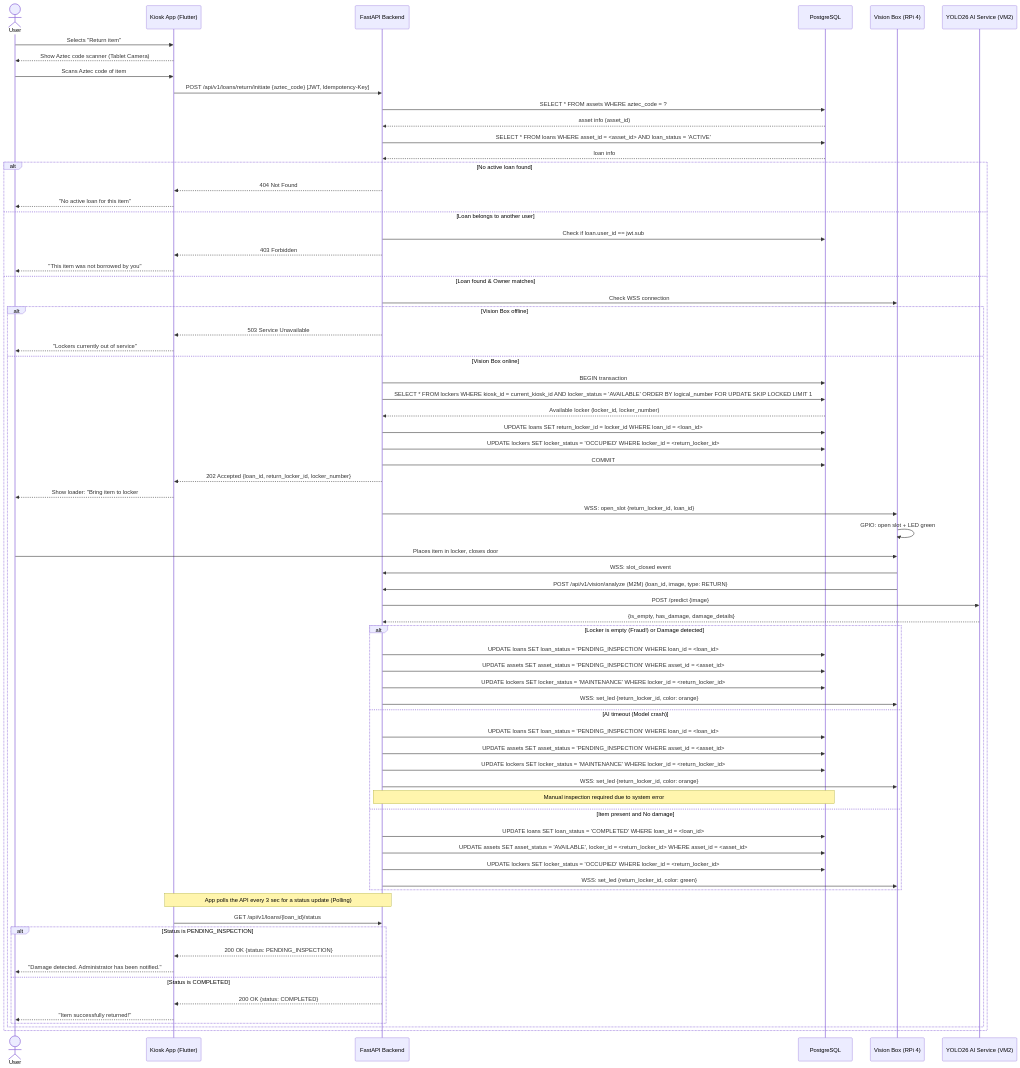
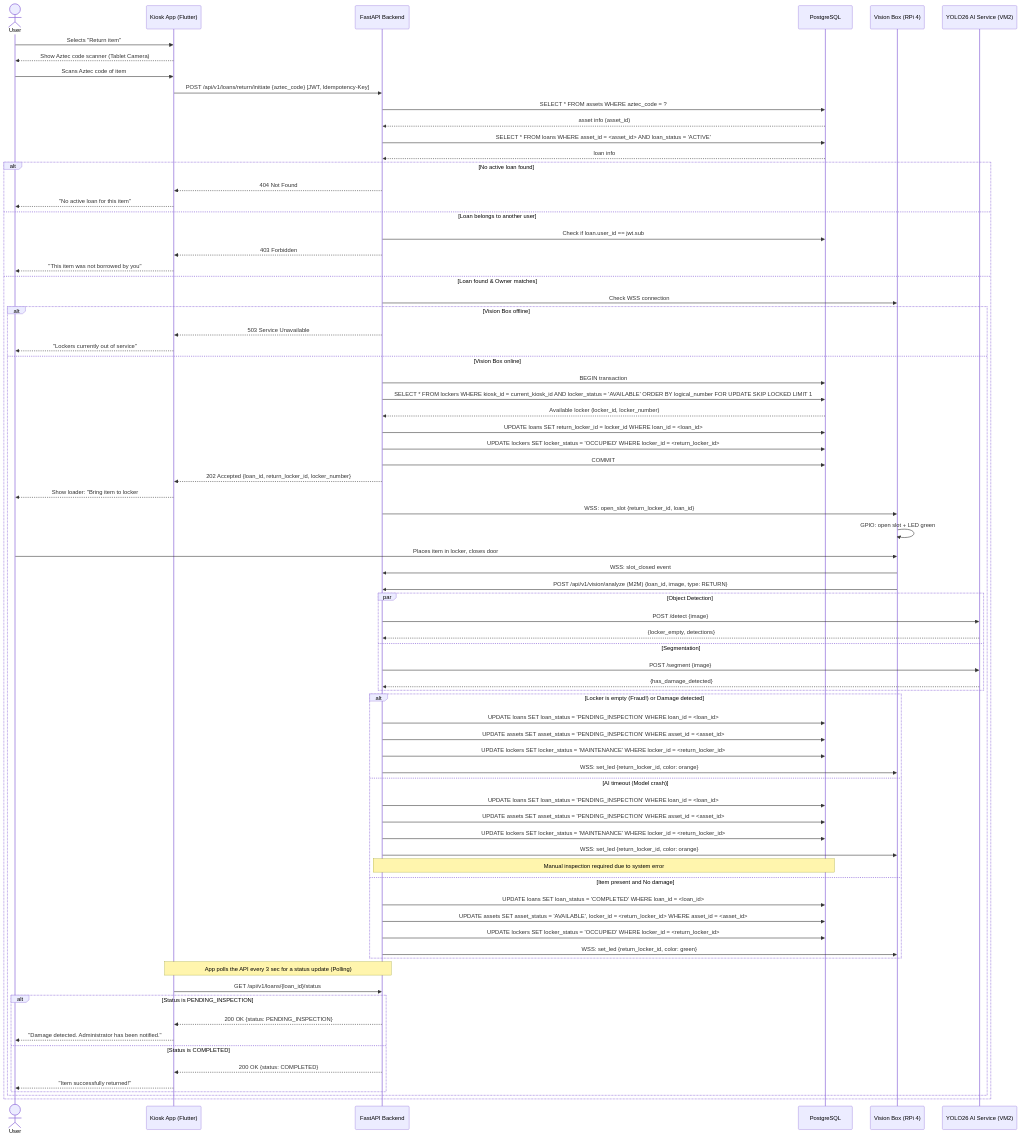
One commit to easylend-practice-enterprise/easylend changed the diagram in docs/diagrams/sequence_return.mmd. Above: the diagram before and after it, drawn with Mermaid. The commit also changed 1 other file, not shown here.

Commit message:
docs: update sequence diagrams to reflect concurrent dual-model architecture

```diff
--- a/docs/diagrams/sequence_return.mmd
+++ b/docs/diagrams/sequence_return.mmd
@@ -1,78 +1,83 @@
 sequenceDiagram
     actor User as User
     participant App as Kiosk App (Flutter)
     participant API as FastAPI Backend
     participant DB as PostgreSQL
     participant VB as Vision Box (RPi 4)
     participant AI as YOLO26 AI Service (VM2)
 
     User->>App: Selects "Return item"
     App-->>User: Show Aztec code scanner (Tablet Camera)
     User->>App: Scans Aztec code of item
     App->>API: POST /api/v1/loans/return/initiate {aztec_code} [JWT, Idempotency-Key]
     API->>DB: SELECT * FROM assets WHERE aztec_code = ?
     DB-->>API: asset info (asset_id)
     API->>DB: SELECT * FROM loans WHERE asset_id = <asset_id> AND loan_status = 'ACTIVE'
     DB-->>API: loan info
 
     alt No active loan found
         API-->>App: 404 Not Found
         App-->>User: "No active loan for this item"
     else Loan belongs to another user
         API->>DB: Check if loan.user_id == jwt.sub
         API-->>App: 403 Forbidden
         App-->>User: "This item was not borrowed by you"
     else Loan found & Owner matches
         API->>VB: Check WSS connection
         alt Vision Box offline
             API-->>App: 503 Service Unavailable
             App-->>User: "Lockers currently out of service"
         else Vision Box online
             API->>DB: BEGIN transaction
             API->>DB: SELECT * FROM lockers WHERE kiosk_id = current_kiosk_id AND locker_status = 'AVAILABLE' ORDER BY logical_number FOR UPDATE SKIP LOCKED LIMIT 1
             DB-->>API: Available locker (locker_id, locker_number)
             API->>DB: UPDATE loans SET return_locker_id = locker_id WHERE loan_id = <loan_id>
             API->>DB: UPDATE lockers SET locker_status = 'OCCUPIED' WHERE locker_id = <return_locker_id>
             API->>DB: COMMIT
             API-->>App: 202 Accepted {loan_id, return_locker_id, locker_number}
             App-->>User: Show loader: "Bring item to locker #N"
 
             API->>VB: WSS: open_slot {return_locker_id, loan_id}
             VB->>VB: GPIO: open slot + LED green
             User->>VB: Places item in locker, closes door
             VB->>API: WSS: slot_closed event
 
             VB->>API: POST /api/v1/vision/analyze (M2M) {loan_id, image, type: RETURN}
-            API->>AI: POST /predict {image}
-            AI-->>API: {is_empty, has_damage, damage_details}
+            par Object Detection
+                API->>AI: POST /detect {image}
+                AI-->>API: {locker_empty, detections}
+            and Segmentation
+                API->>AI: POST /segment {image}
+                AI-->>API: {has_damage_detected}
+            end
 
             alt Locker is empty (Fraud!) or Damage detected
                 API->>DB: UPDATE loans SET loan_status = 'PENDING_INSPECTION' WHERE loan_id = <loan_id>
                 API->>DB: UPDATE assets SET asset_status = 'PENDING_INSPECTION' WHERE asset_id = <asset_id>
                 API->>DB: UPDATE lockers SET locker_status = 'MAINTENANCE' WHERE locker_id = <return_locker_id>
                 API->>VB: WSS: set_led {return_locker_id, color: orange}
             else AI timeout (Model crash)
                 API->>DB: UPDATE loans SET loan_status = 'PENDING_INSPECTION' WHERE loan_id = <loan_id>
                 API->>DB: UPDATE assets SET asset_status = 'PENDING_INSPECTION' WHERE asset_id = <asset_id>
                 API->>DB: UPDATE lockers SET locker_status = 'MAINTENANCE' WHERE locker_id = <return_locker_id>
                 API->>VB: WSS: set_led {return_locker_id, color: orange}
                 Note over API,DB: Manual inspection required due to system error
             else Item present and No damage
                 API->>DB: UPDATE loans SET loan_status = 'COMPLETED' WHERE loan_id = <loan_id>
                 API->>DB: UPDATE assets SET asset_status = 'AVAILABLE', locker_id = <return_locker_id> WHERE asset_id = <asset_id>
                 API->>DB: UPDATE lockers SET locker_status = 'OCCUPIED' WHERE locker_id = <return_locker_id>
                 API->>VB: WSS: set_led {return_locker_id, color: green}
             end
 
             Note over App,API: App polls the API every 3 sec for a status update (Polling)
             App->>API: GET /api/v1/loans/{loan_id}/status
             
             alt Status is PENDING_INSPECTION
                 API-->>App: 200 OK {status: PENDING_INSPECTION}
                 App-->>User: "Damage detected. Administrator has been notified."
             else Status is COMPLETED
                 API-->>App: 200 OK {status: COMPLETED}
                 App-->>User: "Item successfully returned!"
             end
         end
     end
```
